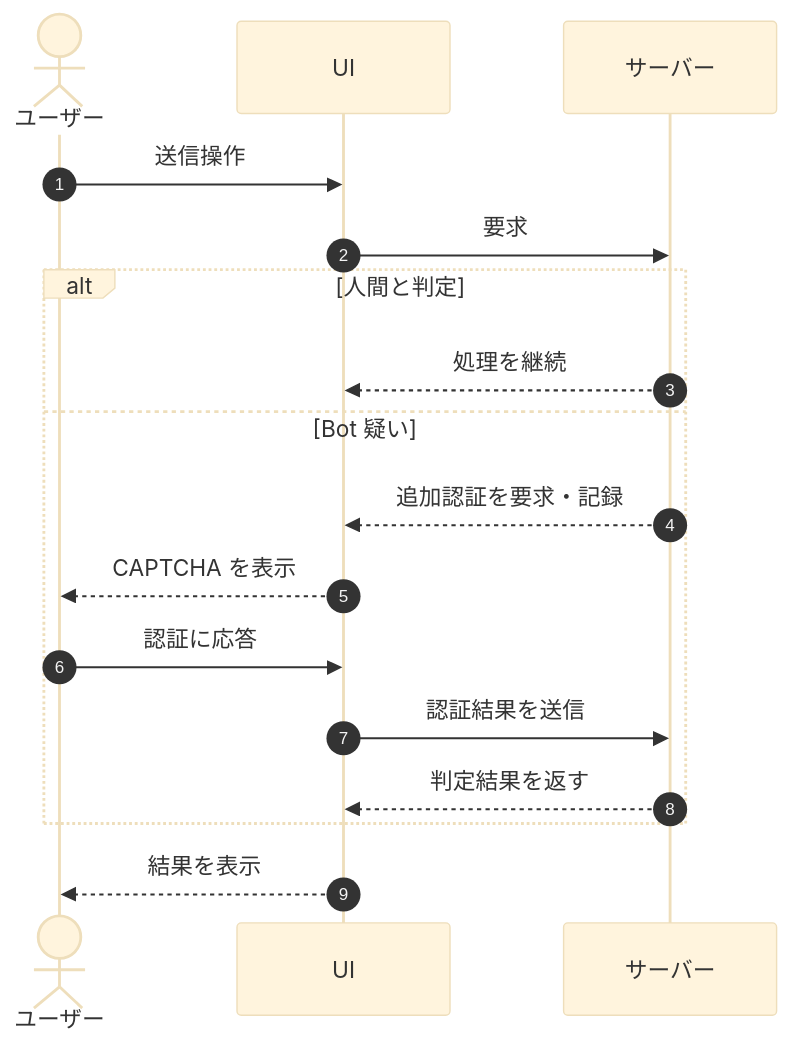
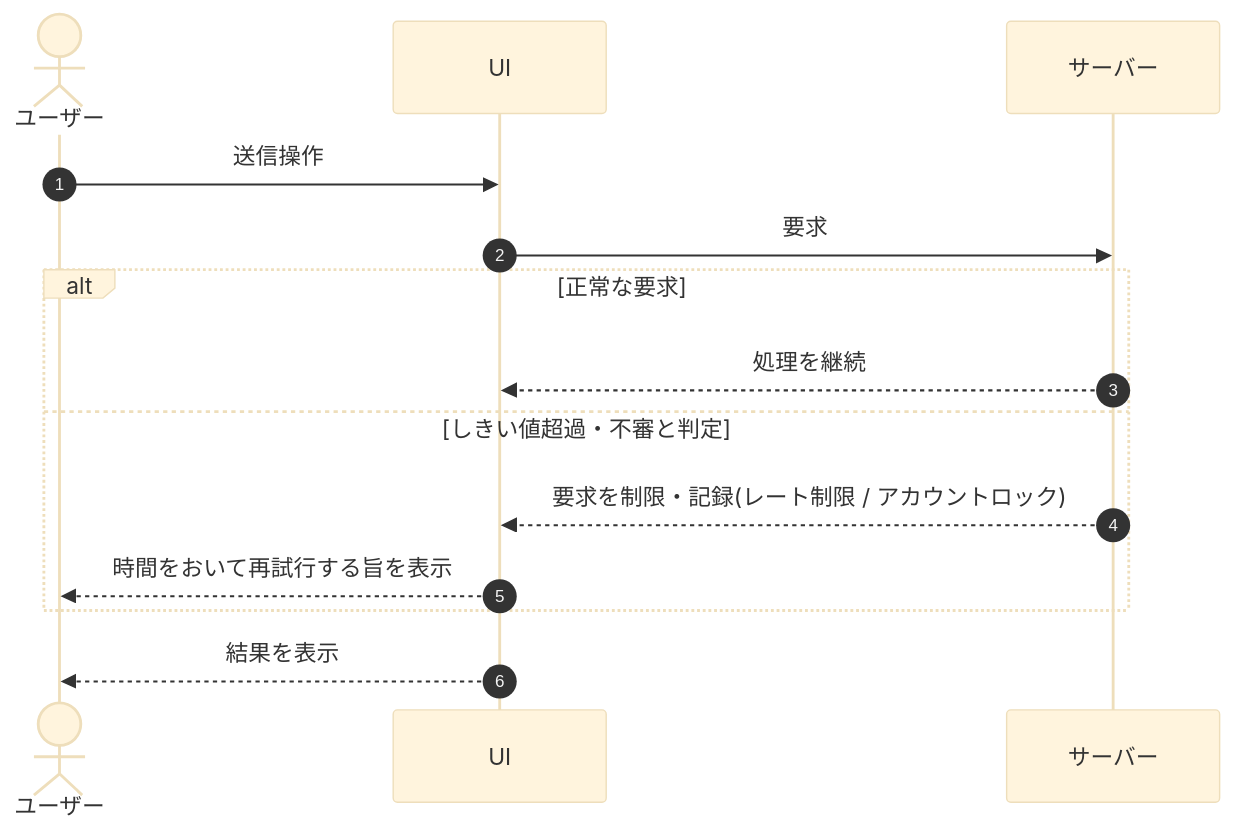
Before and after one commit to sikakou54/open-faq: diagram 11 of 16 in 01_requirements/02_functional_requirement/06_security-fr.md, drawn with Mermaid (base theme). The commit also changed other lines of this file and 198 other files, not shown here.

````diff
--- a/01_requirements/02_functional_requirement/06_security-fr.md
+++ b/01_requirements/02_functional_requirement/06_security-fr.md
@@ -323,19 +322,16 @@
 ```mermaid
 sequenceDiagram
   autonumber
   actor U as ユーザー
   participant UI as UI
   participant S as サーバー
   U->>UI: 送信操作
   UI->>S: 要求
-  alt 人間と判定
+  alt 正常な要求
     S-->>UI: 処理を継続
-  else Bot 疑い
-    S-->>UI: 追加認証を要求・記録
-    UI-->>U: CAPTCHA を表示
-    U->>UI: 認証に応答
-    UI->>S: 認証結果を送信
-    S-->>UI: 判定結果を返す
+  else しきい値超過・不審と判定
+    S-->>UI: 要求を制限・記録(レート制限 / アカウントロック)
+    UI-->>U: 時間をおいて再試行する旨を表示
   end
   UI-->>U: 結果を表示
 ```
````
